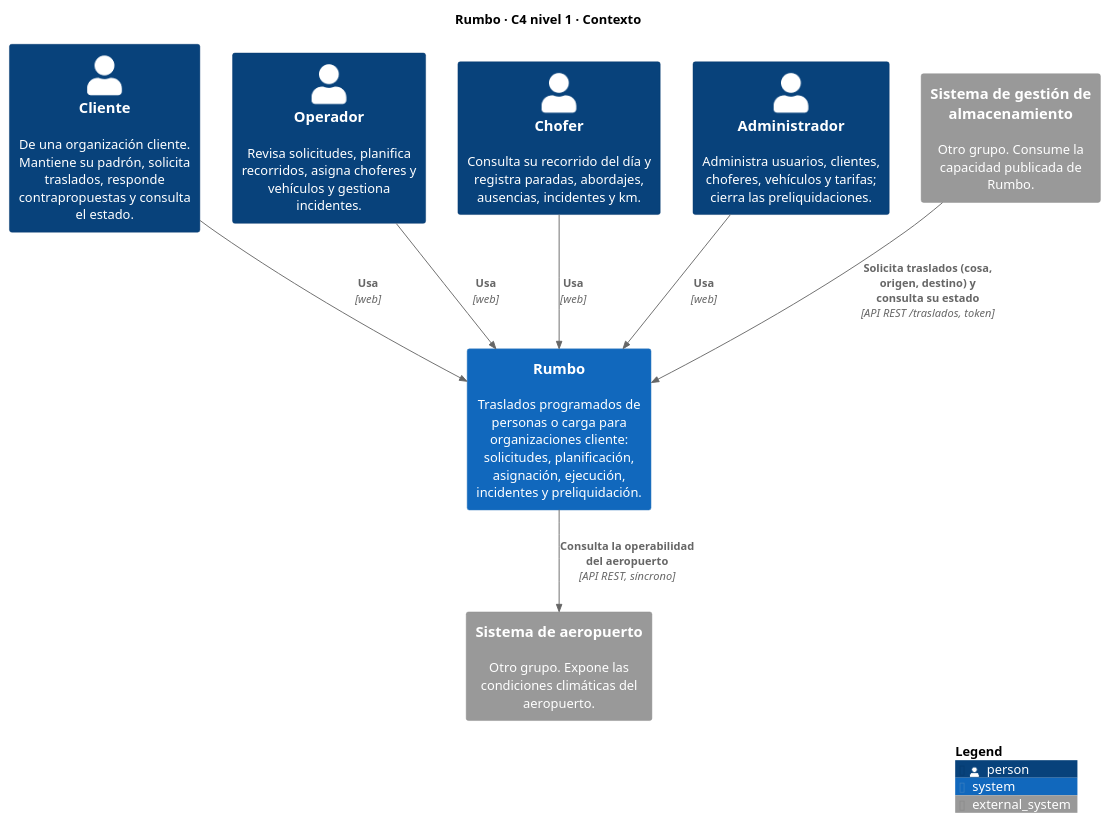
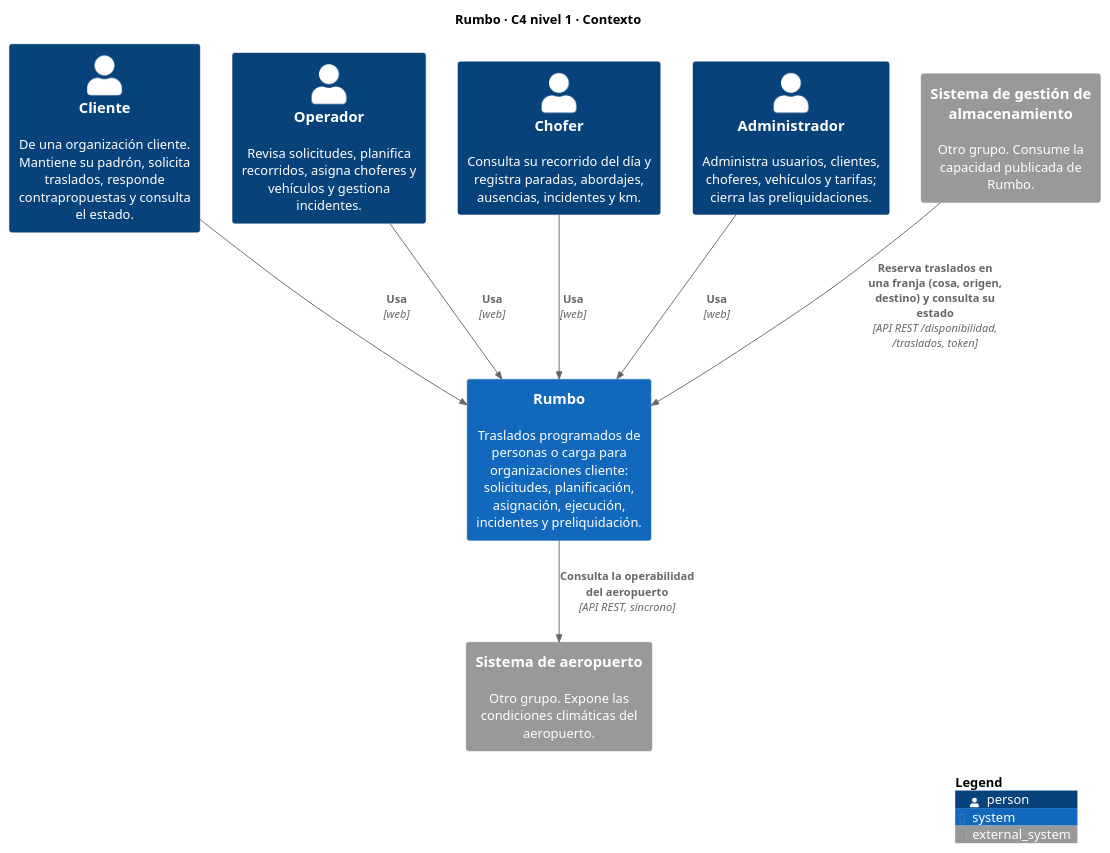
The diagram in docs/diagramas/c4-contexto.puml (francoroblesss/Rumbo), drawn with PlantUML before and after one commit. The commit also changed 74 other files, not shown here.

```diff
--- a/docs/diagramas/c4-contexto.puml
+++ b/docs/diagramas/c4-contexto.puml
@@ -1,25 +1,25 @@
 @startuml c4-contexto
 ' Rumbo — C4 nivel 1: contexto. Fuente del diagrama; se renderiza con docs/diagramas/README.md.
 !include <C4/C4_Context>
 
 title Rumbo · C4 nivel 1 · Contexto
 
 Person(cliente, "Cliente", "De una organización cliente. Mantiene su padrón, solicita traslados, responde contrapropuestas y consulta el estado.")
 Person(operador, "Operador", "Revisa solicitudes, planifica recorridos, asigna choferes y vehículos y gestiona incidentes.")
 Person(chofer, "Chofer", "Consulta su recorrido del día y registra paradas, abordajes, ausencias, incidentes y km.")
 Person(admin, "Administrador", "Administra usuarios, clientes, choferes, vehículos y tarifas; cierra las preliquidaciones.")
 
 System(rumbo, "Rumbo", "Traslados programados de personas o carga para organizaciones cliente: solicitudes, planificación, asignación, ejecución, incidentes y preliquidación.")
 
 System_Ext(almacenamiento, "Sistema de gestión de almacenamiento", "Otro grupo. Consume la capacidad publicada de Rumbo.")
 System_Ext(aeropuerto, "Sistema de aeropuerto", "Otro grupo. Expone las condiciones climáticas del aeropuerto.")
 
 Rel(cliente, rumbo, "Usa", "web")
 Rel(operador, rumbo, "Usa", "web")
 Rel(chofer, rumbo, "Usa", "web")
 Rel(admin, rumbo, "Usa", "web")
-Rel(almacenamiento, rumbo, "Solicita traslados (cosa, origen, destino) y consulta su estado", "API REST /traslados, token")
+Rel(almacenamiento, rumbo, "Reserva traslados en una franja (cosa, origen, destino) y consulta su estado", "API REST /disponibilidad, /traslados, token")
 Rel(rumbo, aeropuerto, "Consulta la operabilidad del aeropuerto", "API REST, síncrono")
 
 SHOW_LEGEND()
 @enduml
```
